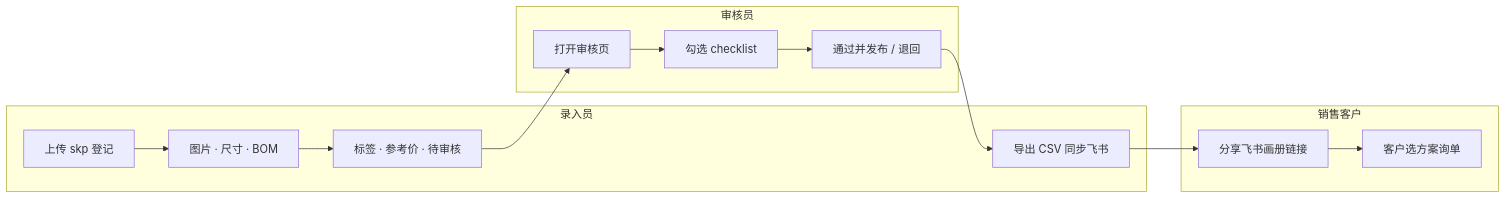
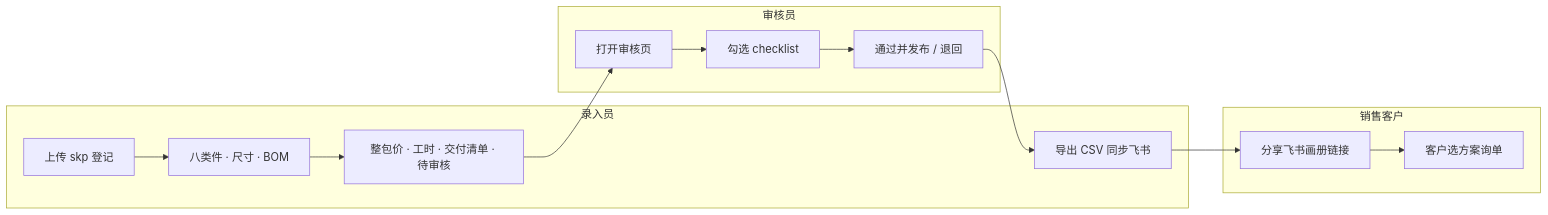
Before and after one commit to raintea223-art/Parti-MR2525: the third of 11 diagrams in docs/WORKFLOW.md, drawn with Mermaid. The commit also changed other lines of this file and 22 other files, not shown here.

````diff
--- a/docs/WORKFLOW.md
+++ b/docs/WORKFLOW.md
@@ -77,20 +79,20 @@
 ```mermaid
 flowchart LR
     subgraph 录入员
         R1[上传 skp 登记]
-        R2[图片 · 尺寸 · BOM]
-        R3[标签 · 参考价 · 待审核]
+        R2[八类件 · 尺寸 · BOM]
+        R3[整包价 · 工时 · 交付清单 · 待审核]
         R4[导出 CSV 同步飞书]
     end
     subgraph 审核员
         A1[打开审核页]
         A2[勾选 checklist]
         A3[通过并发布 / 退回]
     end
     subgraph 销售客户
         S1[分享飞书画册链接]
         S2[客户选方案询单]
     end
     R1 --> R2 --> R3 --> A1 --> A2 --> A3
     A3 --> R4 --> S1 --> S2
 ```
````
